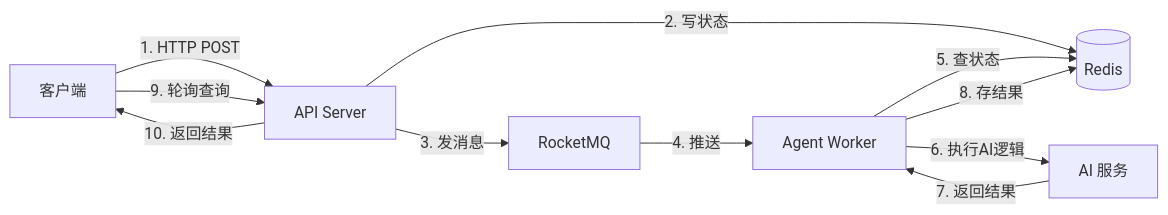
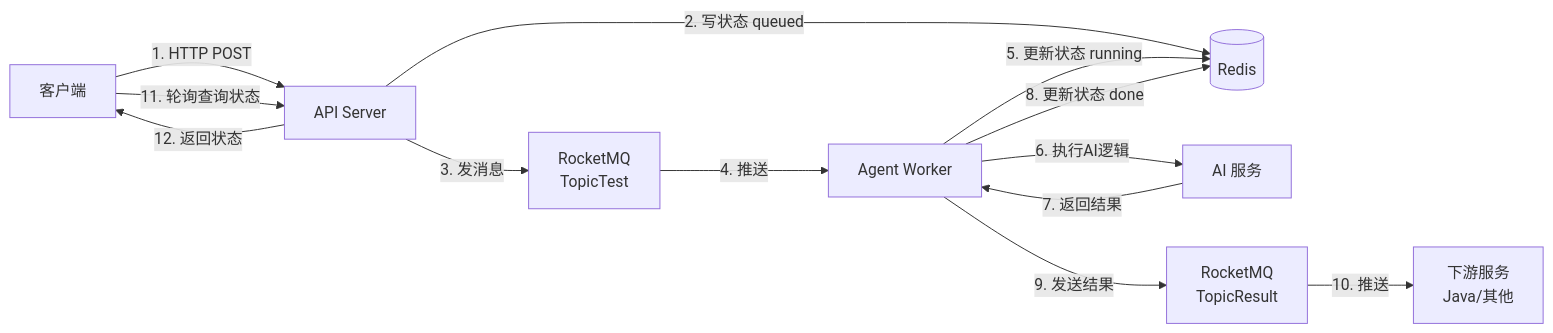
One commit to refreshing-wind/agent_prod changed the diagram in README.md. Above: the diagram before and after it, drawn with Mermaid. The commit also changed other lines of this file and 4 other files, not shown here.

````diff
--- a/README.md
+++ b/README.md
@@ -137,13 +194,15 @@
 ```mermaid
 graph LR
     A[客户端] -->|1. HTTP POST| B[API Server]
-    B -->|2. 写状态| C[(Redis)]
-    B -->|3. 发消息| D[RocketMQ]
+    B -->|2. 写状态 queued| C[(Redis)]
+    B -->|3. 发消息| D[RocketMQ<br/>TopicTest]
     D -->|4. 推送| E[Agent Worker]
-    E -->|5. 查状态| C
+    E -->|5. 更新状态 running| C
     E -->|6. 执行AI逻辑| F[AI 服务]
     F -->|7. 返回结果| E
-    E -->|8. 存结果| C
-    A -->|9. 轮询查询| B
-    B -->|10. 返回结果| A
+    E -->|8. 更新状态 done| C
+    E -->|9. 发送结果| G[RocketMQ<br/>TopicResult]
+    G -->|10. 推送| H[下游服务<br/>Java/其他]
+    A -->|11. 轮询查询状态| B
+    B -->|12. 返回状态| A
 ```
````
